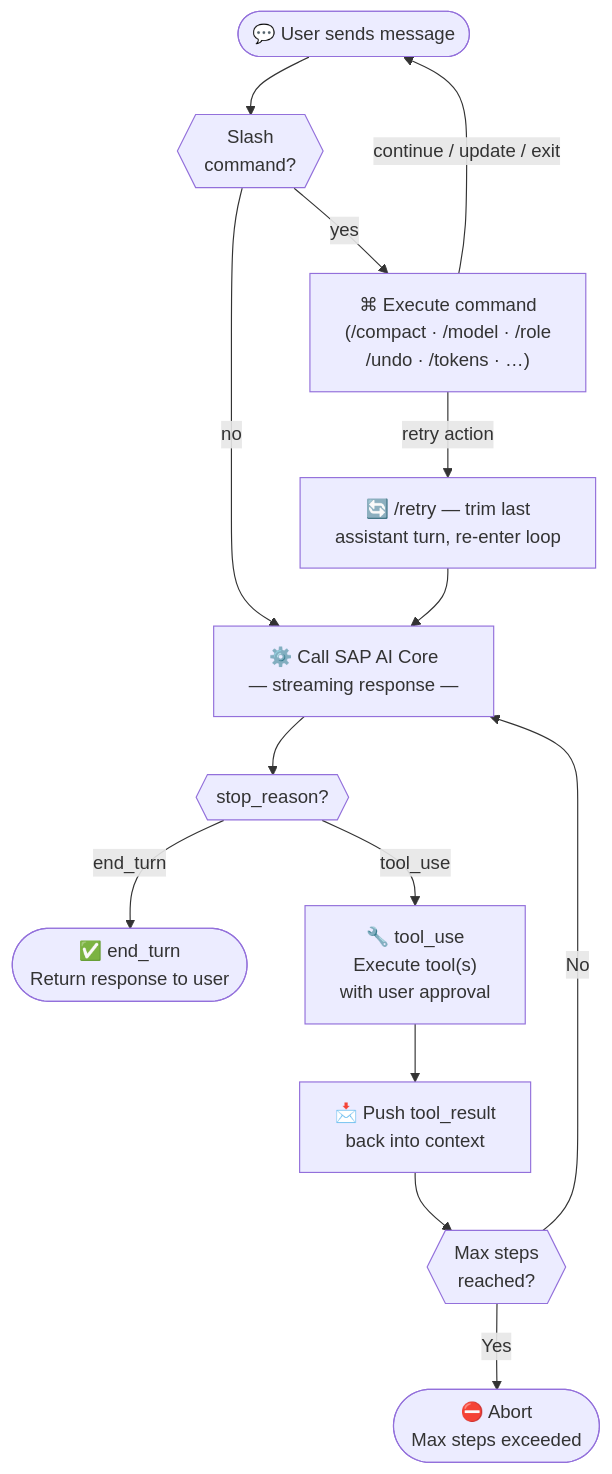
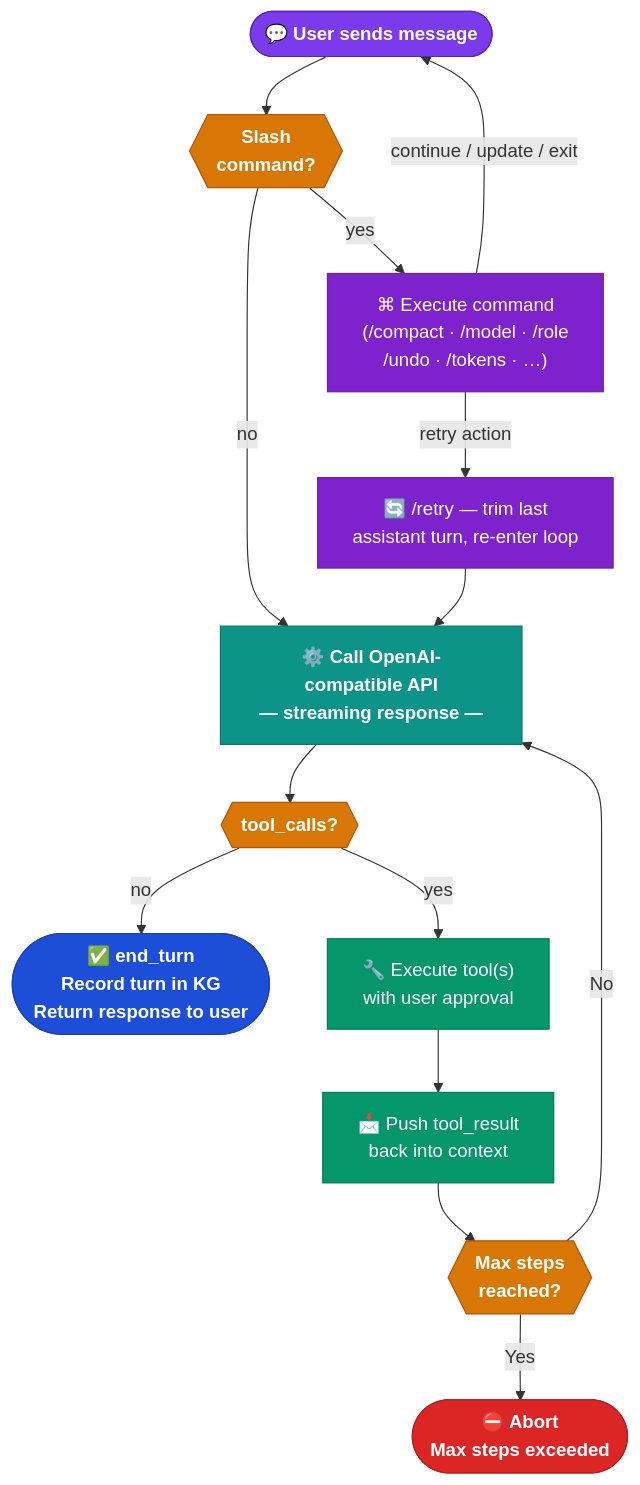
The second of 2 diagrams in README.md (UdaySharmaGitHub/CLIC-Agentic-CLI-like-Code-Claude), drawn with Mermaid before and after one commit. The commit also changed other lines of this file and 1 other file, not shown here.

````diff
--- a/README.md
+++ b/README.md
@@ -178,28 +198,45 @@
 ```mermaid
 flowchart TD
     Start(["💬 User sends message"])
     SlashCheck{{"Slash\ncommand?"}}
     CmdRun["⌘ Execute command\n(/compact · /model · /role\n/undo · /tokens · …)"]
     RetryPath["🔄 /retry — trim last\nassistant turn, re-enter loop"]
-    CallAPI["⚙️ Call SAP AI Core\n— streaming response —"]
-    Decision{{"stop_reason?"}}
-    EndTurn(["✅ end_turn\nReturn response to user"])
-    ToolUse["🔧 tool_use\nExecute tool(s)\nwith user approval"]
+    CallAPI["⚙️ Call OpenAI-compatible API\n— streaming response —"]
+    Decision{{"tool_calls?"}}
+    EndTurn(["✅ end_turn\nRecord turn in KG\nReturn response to user"])
+    ToolUse["🔧 Execute tool(s)\nwith user approval"]
     SaveResult["📩 Push tool_result\nback into context"]
     StepCheck{{"Max steps\nreached?"}}
     Abort(["⛔ Abort\nMax steps exceeded"])
 
     Start --> SlashCheck
     SlashCheck -->|"yes"| CmdRun
     SlashCheck -->|"no"| CallAPI
     CmdRun -->|"retry action"| RetryPath
     CmdRun -->|"continue / update / exit"| Start
     RetryPath --> CallAPI
     CallAPI --> Decision
-    Decision -->|"end_turn"| EndTurn
-    Decision -->|"tool_use"| ToolUse
+    Decision -->|"no"| EndTurn
+    Decision -->|"yes"| ToolUse
     ToolUse --> SaveResult
     SaveResult --> StepCheck
     StepCheck -->|"No"| CallAPI
     StepCheck -->|"Yes"| Abort
+
+    classDef startEnd  fill:#7C3AED,stroke:#5B21B6,color:#fff,font-weight:bold
+    classDef decision  fill:#D97706,stroke:#B45309,color:#fff,font-weight:bold
+    classDef command   fill:#7E22CE,stroke:#6B21A8,color:#fff
+    classDef apiCall   fill:#0D9488,stroke:#0F766E,color:#fff,font-weight:bold
+    classDef toolExec  fill:#059669,stroke:#047857,color:#fff
+    classDef success   fill:#1D4ED8,stroke:#1E40AF,color:#fff,font-weight:bold
+    classDef abort     fill:#DC2626,stroke:#B91C1C,color:#fff,font-weight:bold
+    classDef neutral   fill:#374151,stroke:#1F2937,color:#fff
+
+    class Start,EndTurn startEnd
+    class SlashCheck,Decision,StepCheck decision
+    class CmdRun,RetryPath command
+    class CallAPI apiCall
+    class ToolUse,SaveResult toolExec
+    class EndTurn success
+    class Abort abort
 ```
````
